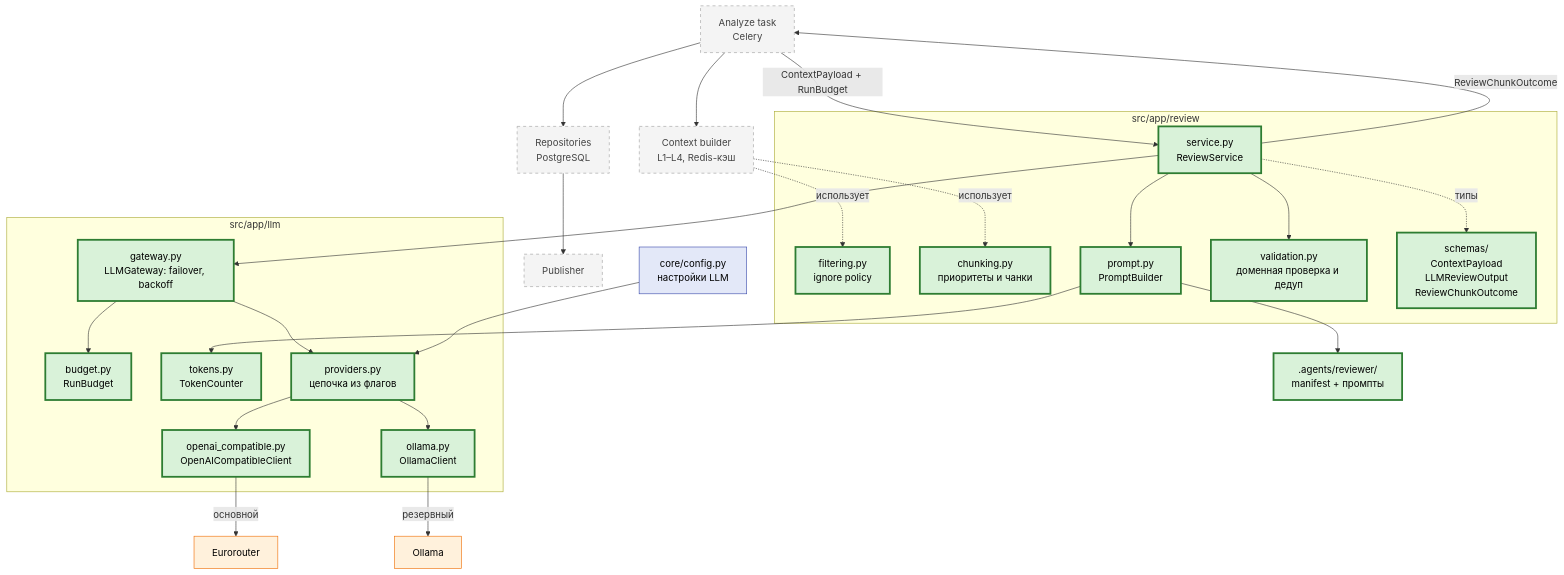
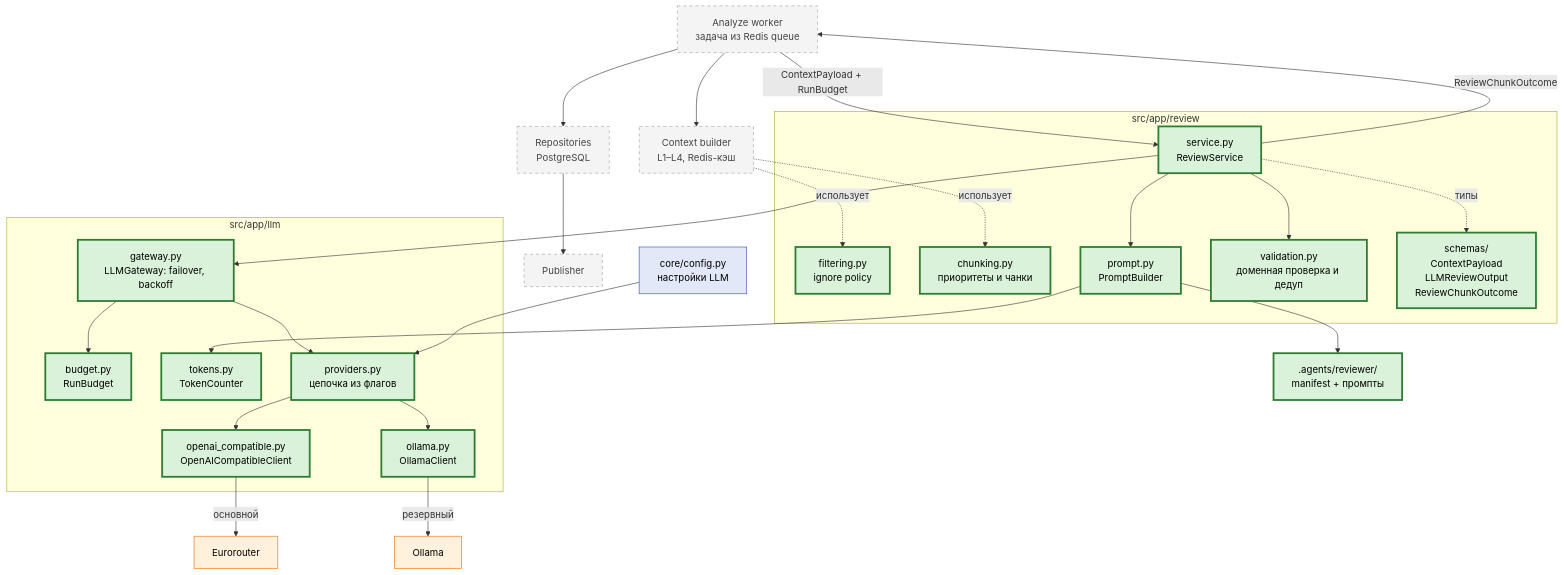
The second of 3 diagrams in docs/llm-gateway-review-pipeline.md (larchanka-training/dmc-268-api-t2), drawn with Mermaid before and after one commit. The commit also changed other lines of this file and 11 other files, not shown here.

````diff
--- a/docs/llm-gateway-review-pipeline.md
+++ b/docs/llm-gateway-review-pipeline.md
@@ -94,61 +94,61 @@
 ```mermaid
 flowchart TD
-    Worker["Analyze task<br/>Celery"]
+    Worker["Analyze worker<br/>задача из Redis queue"]
     CB["Context builder<br/>L1–L4, Redis-кэш"]
     Store["Repositories<br/>PostgreSQL"]
     Pub["Publisher"]
 
     subgraph Review["src/app/review"]
         Filter["filtering.py<br/>ignore policy"]
         Chunk["chunking.py<br/>приоритеты и чанки"]
         Service["service.py<br/>ReviewService"]
         Prompt["prompt.py<br/>PromptBuilder"]
         Valid["validation.py<br/>доменная проверка и дедуп"]
         Schemas["schemas/<br/>ContextPayload<br/>LLMReviewOutput<br/>ReviewChunkOutcome"]
     end
 
     subgraph LLM["src/app/llm"]
         Gateway["gateway.py<br/>LLMGateway: failover, backoff"]
         Budget["budget.py<br/>RunBudget"]
         Tokens["tokens.py<br/>TokenCounter"]
         Providers["providers.py<br/>цепочка из флагов"]
         ORC["openai_compatible.py<br/>OpenAICompatibleClient"]
         OLC["ollama.py<br/>OllamaClient"]
     end
 
     Config["core/config.py<br/>настройки LLM"]
     Prompts[".agents/reviewer/<br/>manifest + промпты"]
     Euro["Eurorouter"]
     Ollama["Ollama"]
 
     Worker --> CB
     CB -.->|"использует"| Filter
     CB -.->|"использует"| Chunk
     Worker -->|"ContextPayload + RunBudget"| Service
     Service --> Prompt
     Prompt --> Prompts
     Prompt --> Tokens
     Service --> Gateway
     Gateway --> Budget
     Gateway --> Providers
     Providers --> ORC
     Providers --> OLC
     Config --> Providers
     ORC -->|"основной"| Euro
     OLC -->|"резервный"| Ollama
     Service --> Valid
     Service -.->|"типы"| Schemas
     Service -->|"ReviewChunkOutcome"| Worker
     Worker --> Store
     Store --> Pub
 
     classDef task fill:#d9f2d9,stroke:#2e7d32,stroke-width:3px,color:#000
     classDef exist fill:#e3e8f8,stroke:#3949ab,color:#000
     classDef future fill:#f4f4f4,stroke:#9e9e9e,stroke-dasharray:5 5,color:#444
     classDef ext fill:#fff1dc,stroke:#ef6c00,color:#000
 
     class Filter,Chunk,Service,Prompt,Valid,Schemas,Gateway,Budget,Tokens,Providers,ORC,OLC,Prompts task
     class Config exist
     class Worker,CB,Store,Pub future
     class Euro,Ollama ext
 ```
````
